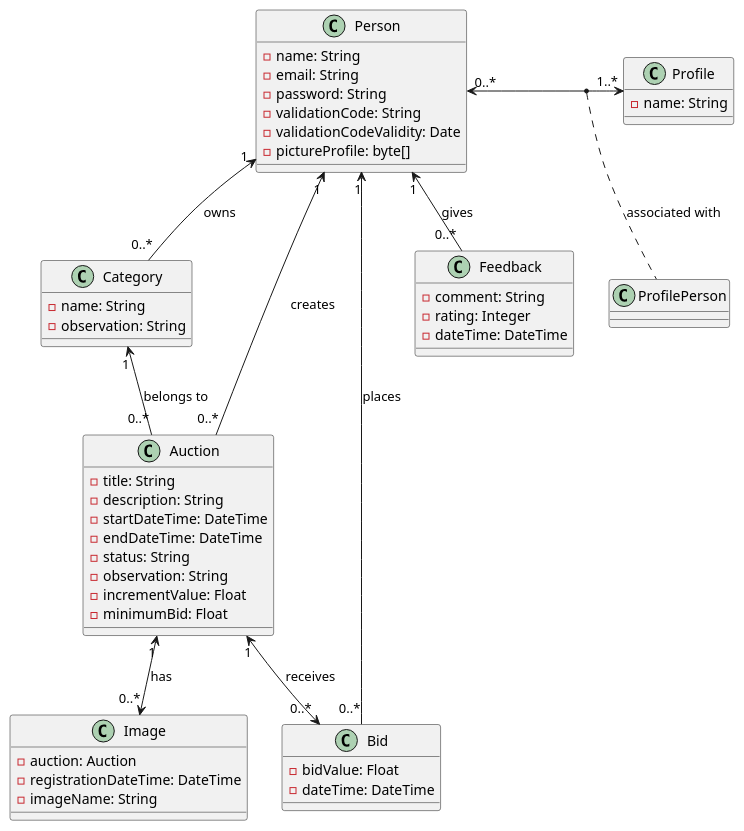
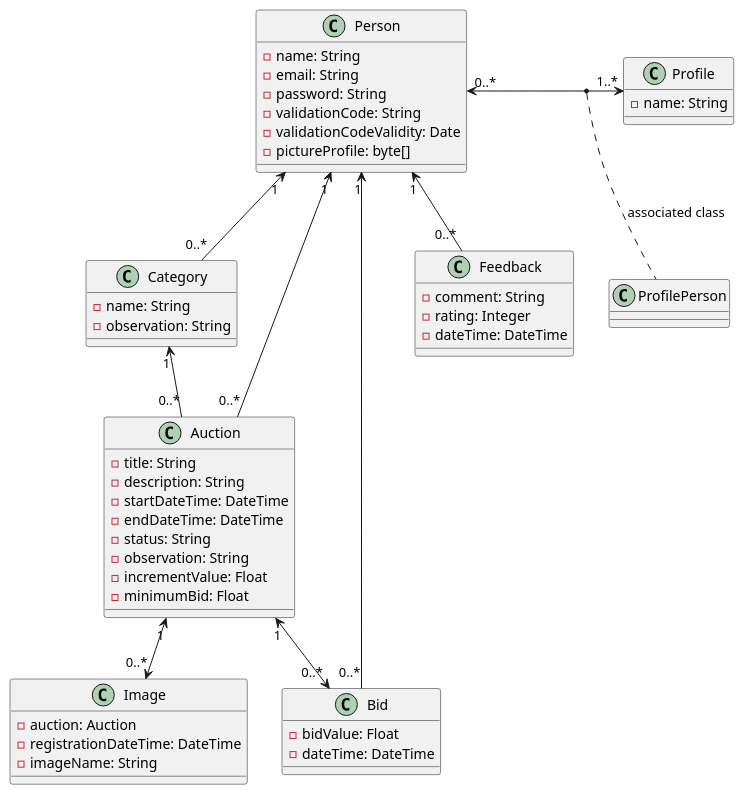
Before and after one commit to MShiguemoto/Projeto-Leilao: the diagram in Diagrama.wsd, drawn with PlantUML.

Commit message:
ajustes no diagrama de classe

```diff
--- a/Diagrama.wsd
+++ b/Diagrama.wsd
@@ -1,63 +1,63 @@
 @startuml
 class Person {
     - name: String
     - email: String
     - password: String
     - validationCode: String
     - validationCodeValidity: Date
     - pictureProfile: byte[]
 }
 
 class Profile {
     - name: String
 }
 
 class Category {
     - name: String
     - observation: String
 }
 
 class Auction {
     - title: String
     - description: String
     - startDateTime: DateTime
     - endDateTime: DateTime
     - status: String
     - observation: String
     - incrementValue: Float
     - minimumBid: Float
 }
 
 class Image {
     - auction: Auction
     - registrationDateTime: DateTime
     - imageName: String
 }
 
 class Bid {
     - bidValue: Float
     - dateTime: DateTime
 }
 
 class Feedback {
     - comment: String
     - rating: Integer
     - dateTime: DateTime
 }
 
 class ProfilePerson {
 
 }
  
 /' Person "1" -- "0..*" ProfilePerson : associated with
 Profile "1" -- "0..*" ProfilePerson : associated with '/
 Person "0..*" <-> "1..*" Profile
-(Person, Profile) .. ProfilePerson : associated with
-Category "1" <-- "0..*" Auction : belongs to
-Person "1" <-- "0..*" Auction : creates
-Auction "1" <--> "0..*" Image : has
-Auction "1" <--> "0..*" Bid : receives
-Person "1" <-- "0..*" Bid : places
-Person "1" <-- "0..*" Feedback : gives
-Person "1" <-- "0..*" Category : owns
+(Person, Profile) .. ProfilePerson : associated class
+Category "1" <-- "0..*" Auction
+Person "1" <-- "0..*" Auction
+Auction "1" <--> "0..*" Image
+Auction "1" <--> "0..*" Bid
+Person "1" <-- "0..*" Bid
+Person "1" <-- "0..*" Feedback
+Person "1" <-- "0..*" Category
 @enduml
```
